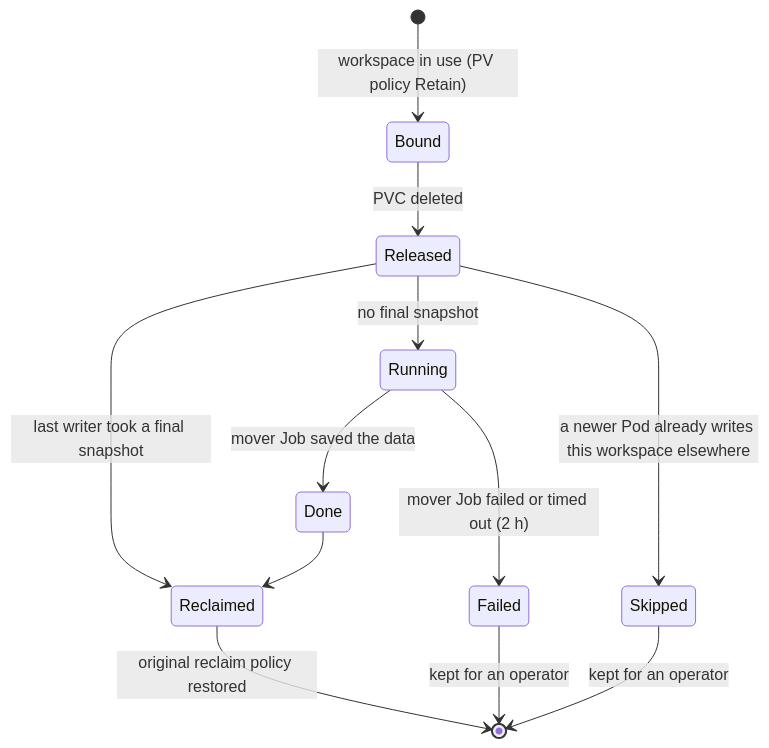
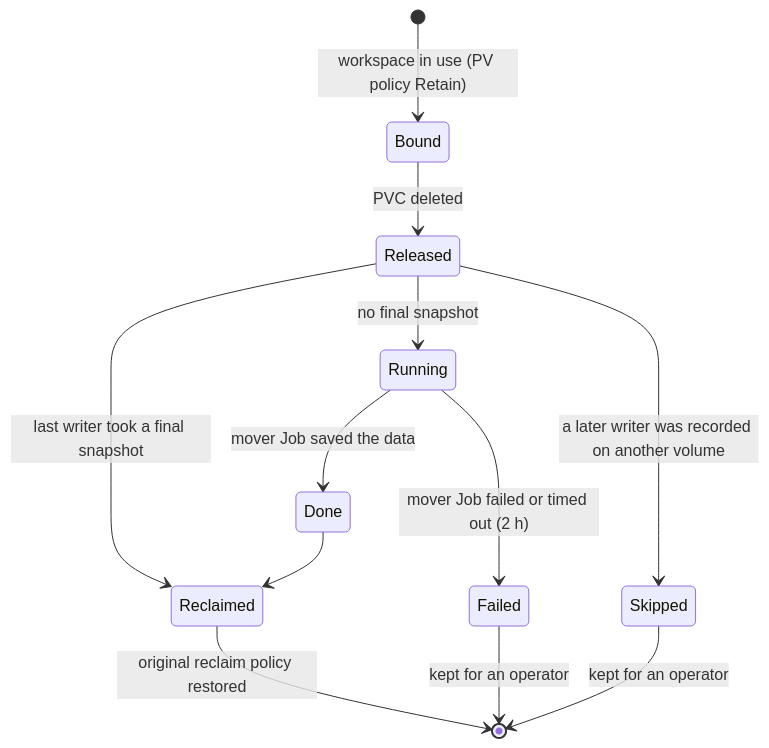
Before and after one commit to chrisyifanjin/wsnap: the third of 4 diagrams in docs/architecture.md, drawn with Mermaid. The commit also changed 4 other files, not shown here.

````diff
--- a/docs/architecture.md
+++ b/docs/architecture.md
@@ -161,14 +161,14 @@
 ```mermaid
 stateDiagram-v2
   [*] --> Bound: workspace in use (PV policy Retain)
   Bound --> Released: PVC deleted
   Released --> Reclaimed: last writer took a final snapshot
   Released --> Running: no final snapshot
   Running --> Done: mover Job saved the data
   Running --> Failed: mover Job failed or timed out (2 h)
   Done --> Reclaimed
-  Released --> Skipped: a newer Pod already writes this workspace elsewhere
+  Released --> Skipped: a later writer was recorded on another volume
   Reclaimed --> [*]: original reclaim policy restored
   Failed --> [*]: kept for an operator
   Skipped --> [*]: kept for an operator
 ```
````
